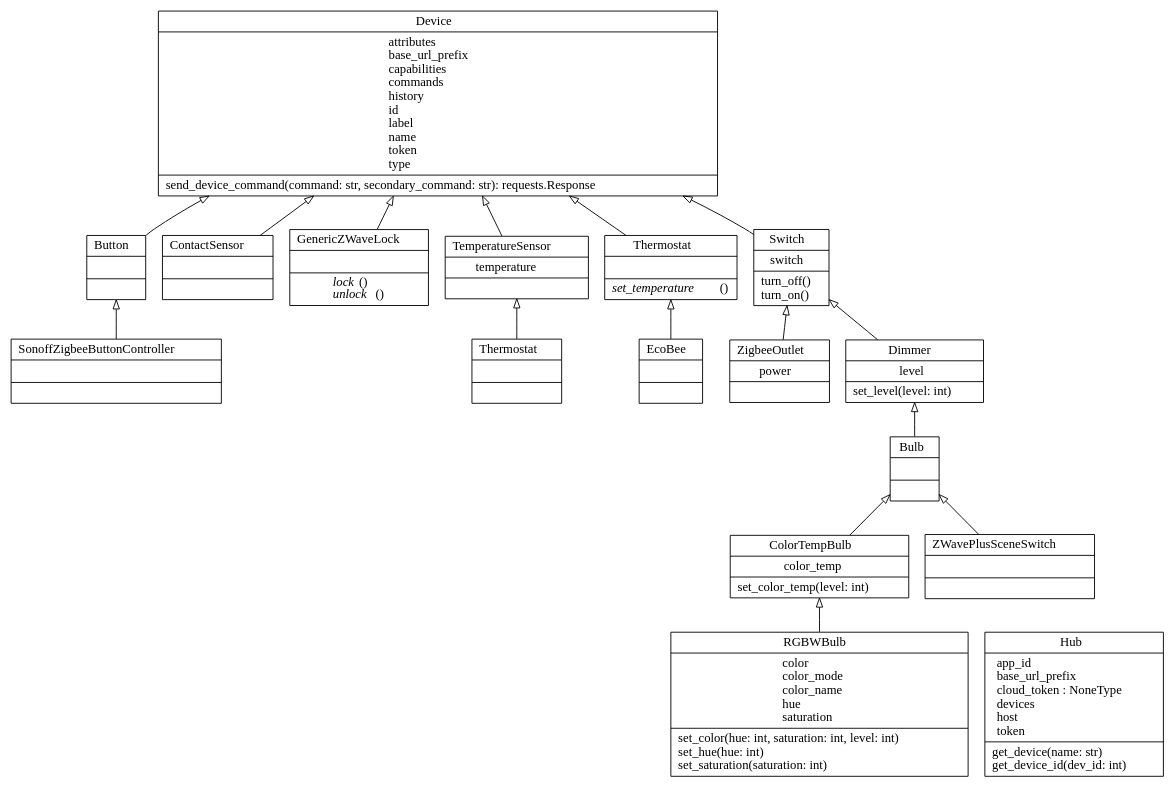
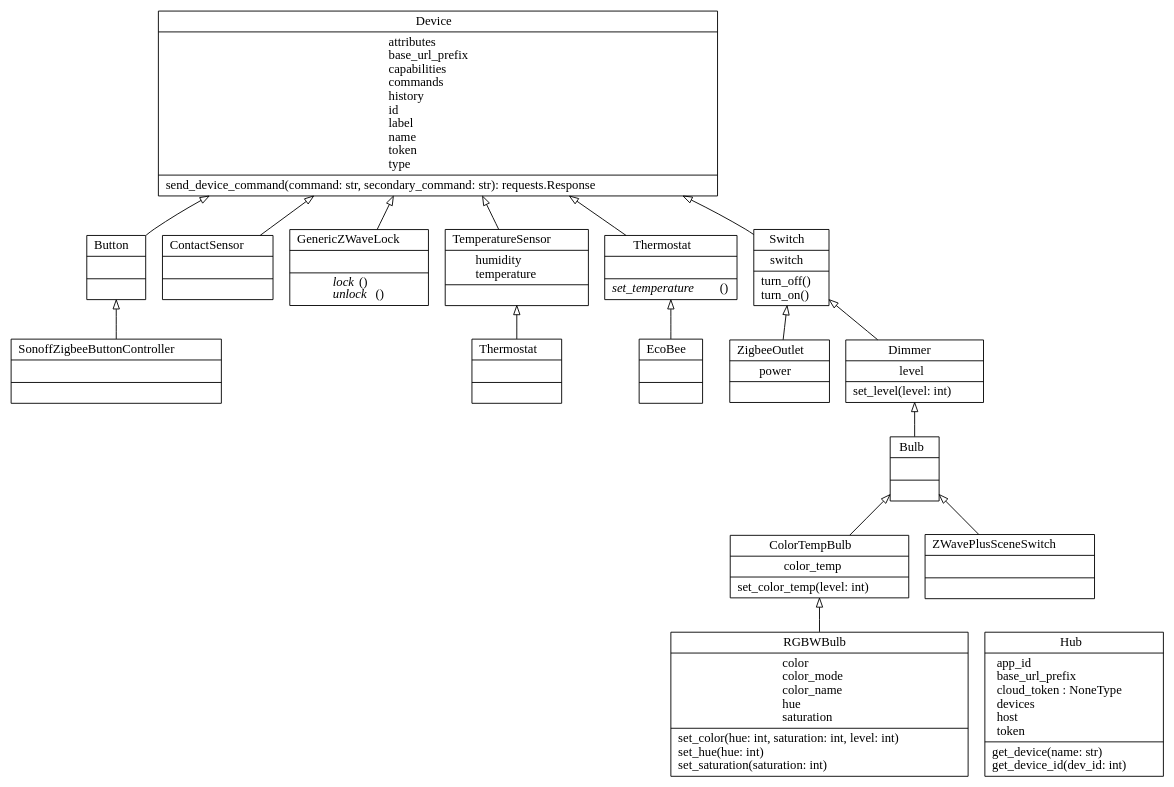
Before and after one commit to Jelloeater/hubitatcontrol: the diagram in docs/classes.dot, drawn with Graphviz. The commit also changed 3 other files, not shown here.

```diff
--- a/docs/classes.dot
+++ b/docs/classes.dot
@@ -1,36 +1,36 @@
 digraph "classes" {
 rankdir=BT
 charset="utf-8"
 "hubitatcontrol.lights.Bulb" [color="black", fontcolor="black", label=<{Bulb|<br ALIGN="LEFT"/>|}>, shape="record", style="solid"];
 "hubitatcontrol.generic.Button" [color="black", fontcolor="black", label=<{Button|<br ALIGN="LEFT"/>|}>, shape="record", style="solid"];
 "hubitatcontrol.lights.ColorTempBulb" [color="black", fontcolor="black", label=<{ColorTempBulb|color_temp<br ALIGN="LEFT"/>|set_color_temp(level: int)<br ALIGN="LEFT"/>}>, shape="record", style="solid"];
 "hubitatcontrol.sensors.ContactSensor" [color="black", fontcolor="black", label=<{ContactSensor|<br ALIGN="LEFT"/>|}>, shape="record", style="solid"];
 "hubitatcontrol.hub.Device" [color="black", fontcolor="black", label=<{Device|attributes<br ALIGN="LEFT"/>base_url_prefix<br ALIGN="LEFT"/>capabilities<br ALIGN="LEFT"/>commands<br ALIGN="LEFT"/>history<br ALIGN="LEFT"/>id<br ALIGN="LEFT"/>label<br ALIGN="LEFT"/>name<br ALIGN="LEFT"/>token<br ALIGN="LEFT"/>type<br ALIGN="LEFT"/>|send_device_command(command: str, secondary_command: str): requests.Response<br ALIGN="LEFT"/>}>, shape="record", style="solid"];
 "hubitatcontrol.lights.Dimmer" [color="black", fontcolor="black", label=<{Dimmer|level<br ALIGN="LEFT"/>|set_level(level: int)<br ALIGN="LEFT"/>}>, shape="record", style="solid"];
 "hubitatcontrol.generic.EcoBee" [color="black", fontcolor="black", label=<{EcoBee|<br ALIGN="LEFT"/>|}>, shape="record", style="solid"];
 "hubitatcontrol.generic.GenericZWaveLock" [color="black", fontcolor="black", label=<{GenericZWaveLock|<br ALIGN="LEFT"/>|<I>lock</I>()<br ALIGN="LEFT"/><I>unlock</I>()<br ALIGN="LEFT"/>}>, shape="record", style="solid"];
 "hubitatcontrol.hub.Hub" [color="black", fontcolor="black", label=<{Hub|app_id<br ALIGN="LEFT"/>base_url_prefix<br ALIGN="LEFT"/>cloud_token : NoneType<br ALIGN="LEFT"/>devices<br ALIGN="LEFT"/>host<br ALIGN="LEFT"/>token<br ALIGN="LEFT"/>|get_device(name: str)<br ALIGN="LEFT"/>get_device_id(dev_id: int)<br ALIGN="LEFT"/>}>, shape="record", style="solid"];
 "hubitatcontrol.lights.RGBWBulb" [color="black", fontcolor="black", label=<{RGBWBulb|color<br ALIGN="LEFT"/>color_mode<br ALIGN="LEFT"/>color_name<br ALIGN="LEFT"/>hue<br ALIGN="LEFT"/>saturation<br ALIGN="LEFT"/>|set_color(hue: int, saturation: int, level: int)<br ALIGN="LEFT"/>set_hue(hue: int)<br ALIGN="LEFT"/>set_saturation(saturation: int)<br ALIGN="LEFT"/>}>, shape="record", style="solid"];
 "hubitatcontrol.generic.SonoffZigbeeButtonController" [color="black", fontcolor="black", label=<{SonoffZigbeeButtonController|<br ALIGN="LEFT"/>|}>, shape="record", style="solid"];
 "hubitatcontrol.generic.Switch" [color="black", fontcolor="black", label=<{Switch|switch<br ALIGN="LEFT"/>|turn_off()<br ALIGN="LEFT"/>turn_on()<br ALIGN="LEFT"/>}>, shape="record", style="solid"];
-"hubitatcontrol.sensors.TemperatureSensor" [color="black", fontcolor="black", label=<{TemperatureSensor|temperature<br ALIGN="LEFT"/>|}>, shape="record", style="solid"];
+"hubitatcontrol.sensors.TemperatureSensor" [color="black", fontcolor="black", label=<{TemperatureSensor|humidity<br ALIGN="LEFT"/>temperature<br ALIGN="LEFT"/>|}>, shape="record", style="solid"];
 "hubitatcontrol.generic.Thermostat" [color="black", fontcolor="black", label=<{Thermostat|<br ALIGN="LEFT"/>|<I>set_temperature</I>()<br ALIGN="LEFT"/>}>, shape="record", style="solid"];
 "hubitatcontrol.environment.Thermostat" [color="black", fontcolor="black", label=<{Thermostat|<br ALIGN="LEFT"/>|}>, shape="record", style="solid"];
 "hubitatcontrol.lights.ZWavePlusSceneSwitch" [color="black", fontcolor="black", label=<{ZWavePlusSceneSwitch|<br ALIGN="LEFT"/>|}>, shape="record", style="solid"];
 "hubitatcontrol.generic.ZigbeeOutlet" [color="black", fontcolor="black", label=<{ZigbeeOutlet|power<br ALIGN="LEFT"/>|}>, shape="record", style="solid"];
 "hubitatcontrol.environment.Thermostat" -> "hubitatcontrol.sensors.TemperatureSensor" [arrowhead="empty", arrowtail="none"];
 "hubitatcontrol.generic.Button" -> "hubitatcontrol.hub.Device" [arrowhead="empty", arrowtail="none"];
 "hubitatcontrol.generic.EcoBee" -> "hubitatcontrol.generic.Thermostat" [arrowhead="empty", arrowtail="none"];
 "hubitatcontrol.generic.GenericZWaveLock" -> "hubitatcontrol.hub.Device" [arrowhead="empty", arrowtail="none"];
 "hubitatcontrol.generic.SonoffZigbeeButtonController" -> "hubitatcontrol.generic.Button" [arrowhead="empty", arrowtail="none"];
 "hubitatcontrol.generic.Switch" -> "hubitatcontrol.hub.Device" [arrowhead="empty", arrowtail="none"];
 "hubitatcontrol.generic.Thermostat" -> "hubitatcontrol.hub.Device" [arrowhead="empty", arrowtail="none"];
 "hubitatcontrol.generic.ZigbeeOutlet" -> "hubitatcontrol.generic.Switch" [arrowhead="empty", arrowtail="none"];
 "hubitatcontrol.lights.Bulb" -> "hubitatcontrol.lights.Dimmer" [arrowhead="empty", arrowtail="none"];
 "hubitatcontrol.lights.ColorTempBulb" -> "hubitatcontrol.lights.Bulb" [arrowhead="empty", arrowtail="none"];
 "hubitatcontrol.lights.Dimmer" -> "hubitatcontrol.generic.Switch" [arrowhead="empty", arrowtail="none"];
 "hubitatcontrol.lights.RGBWBulb" -> "hubitatcontrol.lights.ColorTempBulb" [arrowhead="empty", arrowtail="none"];
 "hubitatcontrol.lights.ZWavePlusSceneSwitch" -> "hubitatcontrol.lights.Bulb" [arrowhead="empty", arrowtail="none"];
 "hubitatcontrol.sensors.ContactSensor" -> "hubitatcontrol.hub.Device" [arrowhead="empty", arrowtail="none"];
 "hubitatcontrol.sensors.TemperatureSensor" -> "hubitatcontrol.hub.Device" [arrowhead="empty", arrowtail="none"];
 }
```
